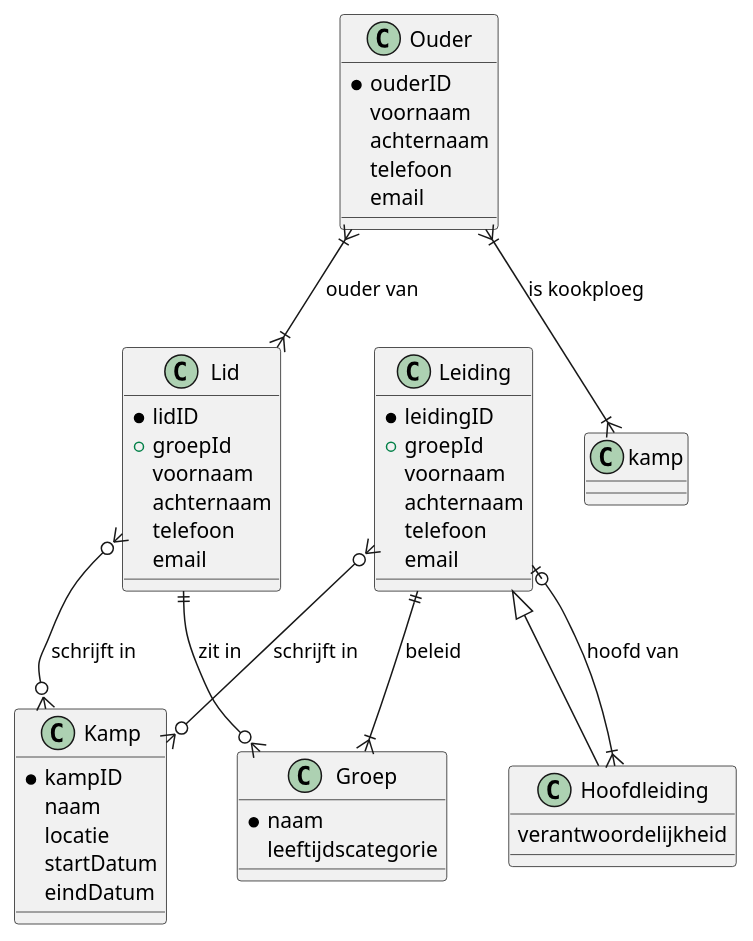
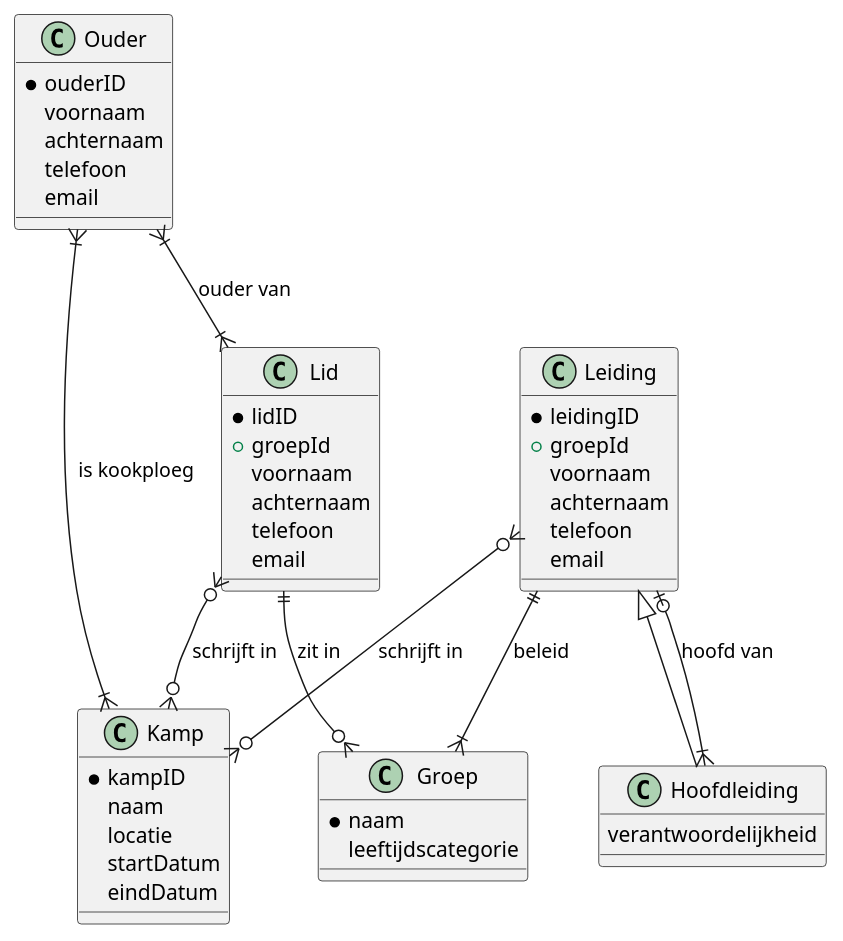
The diagram in erd.md (matteovdr/frontendweb-2526-mateo-kobe), drawn with PlantUML before and after one commit. The commit also changed 1 other file, not shown here.

Commit message:
typfout bij erd opgelost

````diff
--- a/erd.md
+++ b/erd.md
@@ -9,65 +9,65 @@
 ```plantuml
 plantuml
 @startuml
 class Ouder {
     *ouderID
     voornaam
     achternaam
     telefoon
     email
 }
 
 class Lid {
     *lidID
     +groepId
     voornaam
     achternaam
     telefoon
     email
 }
 
 class Leiding {
     *leidingID
     +groepId
     voornaam
     achternaam
     telefoon
     email
 }
 
 class Hoofdleiding {
     verantwoordelijkheid
 }
 
 class Groep {
     *naam
     leeftijdscategorie
 }
 
 class Kamp {
     *kampID
     naam
     locatie
     startDatum
     eindDatum
 }
 
 ' Zero or One      |o--
 ' Exactly One     ||--
 ' Zero or Many      }o--
 ' One or Many       }|--
 ' Relaties (class-diagram syntax)
 
 Ouder }|--|{ Lid : ouder van
-Ouder }|--|{ kamp : is kookploeg
+Ouder }|--|{ Kamp : is kookploeg
 Lid }o--o{ Kamp : schrijft in
 Lid ||--o{ Groep : zit in
 Leiding }o--o{ Kamp : schrijft in
 Leiding ||--|{ Groep : beleid
 Hoofdleiding }|--o| Leiding : hoofd van
 
 ' Overerving
 Leiding <|-- Hoofdleiding
 
 @enduml
 ```
````
